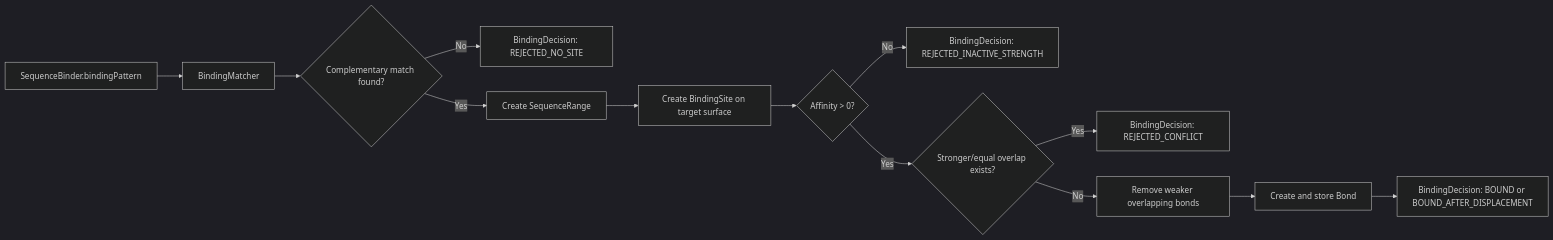
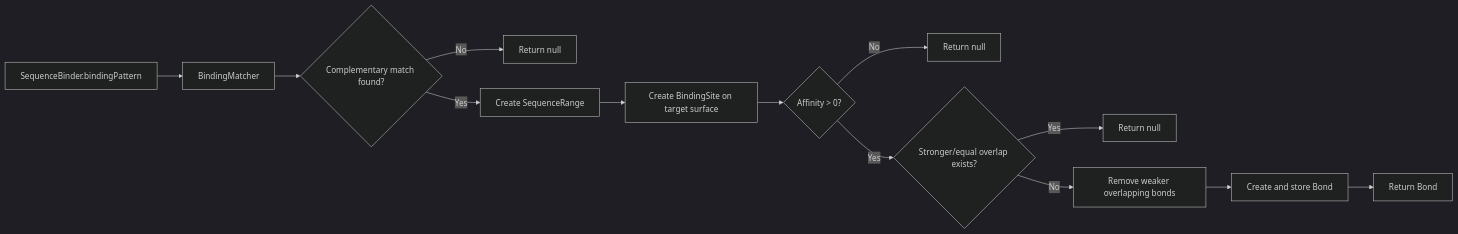
One commit to skasti/life-sim changed the second of 2 diagrams in docs/biology/interactions/bonds.md. Above: the diagram before and after it, drawn with Mermaid (dark theme). The commit also changed other lines of this file and 2 other files, not shown here.

Commit message:
Simplify ProteinBinding.tryBind return contract

````diff
--- a/docs/biology/interactions/bonds.md
+++ b/docs/biology/interactions/bonds.md
@@ -214,15 +214,15 @@
 ```mermaid
 flowchart LR
     A[SequenceBinder.bindingPattern] --> B[BindingMatcher]
     B --> C{Complementary match found?}
-    C -- No --> D[BindingDecision: REJECTED_NO_SITE]
+    C -- No --> D[Return null]
     C -- Yes --> E[Create SequenceRange]
     E --> F[Create BindingSite on target surface]
     F --> G{Affinity > 0?}
-    G -- No --> H[BindingDecision: REJECTED_INACTIVE_STRENGTH]
+    G -- No --> H[Return null]
     G -- Yes --> I{Stronger/equal overlap exists?}
-    I -- Yes --> J[BindingDecision: REJECTED_CONFLICT]
+    I -- Yes --> J[Return null]
     I -- No --> K[Remove weaker overlapping bonds]
     K --> L[Create and store Bond]
-    L --> M[BindingDecision: BOUND or BOUND_AFTER_DISPLACEMENT]
+    L --> M[Return Bond]
 ```
````
